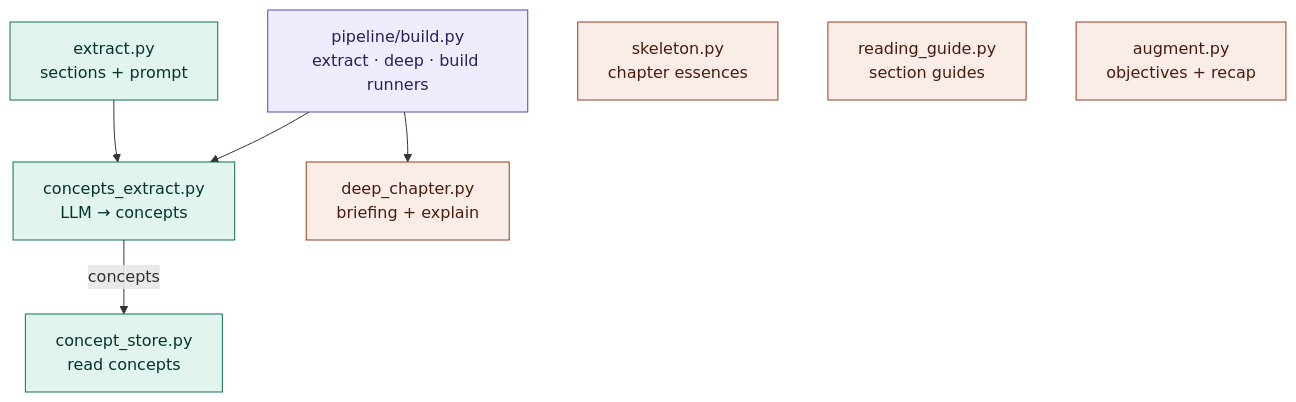
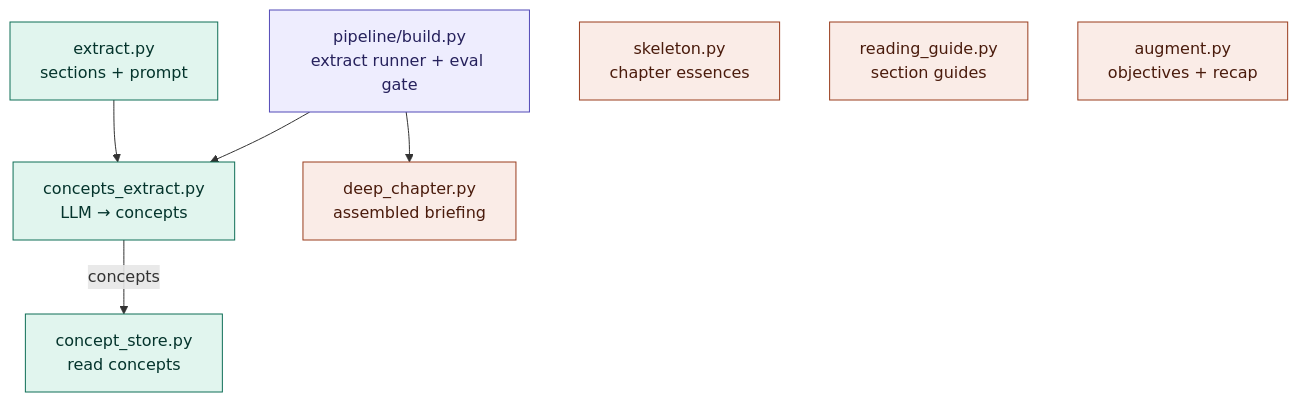
One commit to Aiden-Ferrante/learnhub-core changed the fourth of 4 diagrams in MAP.md. Above: the diagram before and after it, drawn with Mermaid. The commit also changed other lines of this file and 14 other files, not shown here.

````diff
--- a/MAP.md
+++ b/MAP.md
@@ -334,32 +335,32 @@
 ```mermaid
 flowchart TD
-  build["pipeline/build.py<br/>extract · deep · build runners"]
+  build["pipeline/build.py<br/>extract runner + eval gate"]
   extract["extract.py<br/>sections + prompt"]
   concepts["concepts_extract.py<br/>LLM → concepts"]
   store["concept_store.py<br/>read concepts"]
-  deep["deep_chapter.py<br/>briefing + explain"]
+  deep["deep_chapter.py<br/>assembled briefing"]
   skeleton["skeleton.py<br/>chapter essences"]
   guide["reading_guide.py<br/>section guides"]
   augment["augment.py<br/>objectives + recap"]
 
   build --> concepts
   build --> deep
   extract --> concepts
   concepts -->|concepts| store
 
   classDef trig fill:#EEEDFE,stroke:#534AB7,color:#26215C;
   classDef core fill:#E1F5EE,stroke:#0F6E56,color:#04342C;
   classDef pass fill:#FAECE7,stroke:#993C1D,color:#4A1B0C;
   class build trig;
   class extract,concepts,store core;
   class deep,skeleton,guide,augment pass;
 
   click build "https://github.com/Aiden-Ferrante/learnhub/blob/main/backend/app/pipeline/build.py"
   click extract "https://github.com/Aiden-Ferrante/learnhub/blob/main/backend/app/extraction/extract.py"
   click concepts "https://github.com/Aiden-Ferrante/learnhub/blob/main/backend/app/extraction/concepts_extract.py"
   click store "https://github.com/Aiden-Ferrante/learnhub/blob/main/backend/app/extraction/concept_store.py"
   click deep "https://github.com/Aiden-Ferrante/learnhub/blob/main/backend/app/extraction/deep_chapter.py"
   click skeleton "https://github.com/Aiden-Ferrante/learnhub/blob/main/backend/app/extraction/skeleton.py"
   click guide "https://github.com/Aiden-Ferrante/learnhub/blob/main/backend/app/extraction/reading_guide.py"
   click augment "https://github.com/Aiden-Ferrante/learnhub/blob/main/backend/app/extraction/augment.py"
 ```
````
